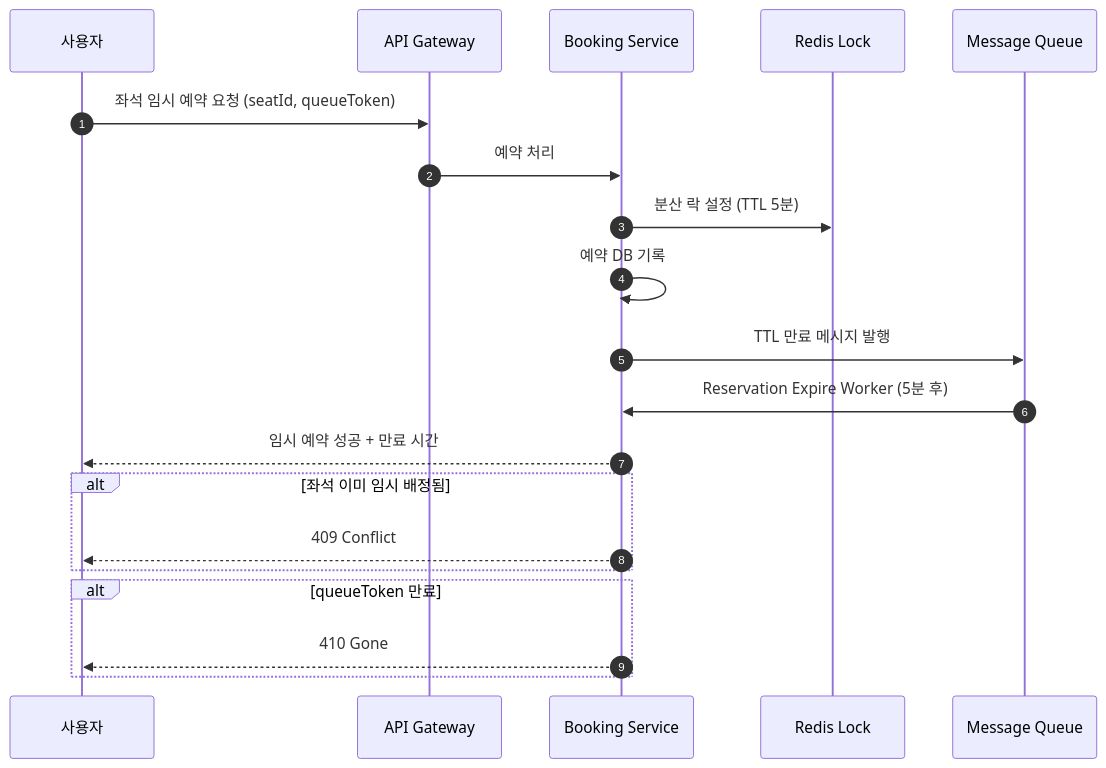
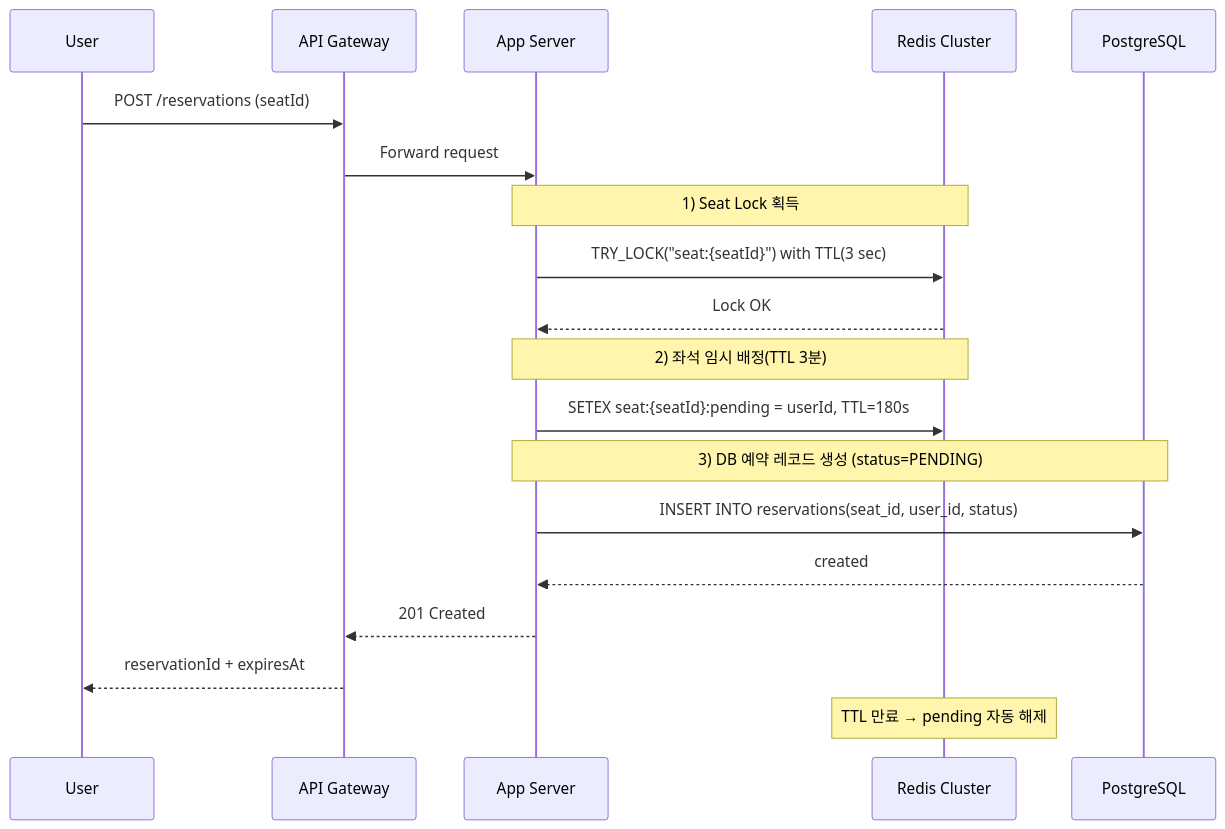
One commit to w00lam/server-java changed the second of 8 diagrams in docs/ssd.md. Above: the diagram before and after it, drawn with Mermaid. The commit also changed other lines of this file, not shown here.

First line of the commit message:
docs: 시퀀스 다이어그램 수정

````diff
--- a/docs/ssd.md
+++ b/docs/ssd.md
@@ -57,23 +46,27 @@
 ```mermaid
 sequenceDiagram
-    autonumber
-    participant User as 사용자
-    participant APIG as API Gateway
-    participant Booking as Booking Service
-    participant Redis as Redis Lock
-    participant MQ as Message Queue
+    participant User
+    participant API as API Gateway
+    participant App as App Server
+    participant Redis as Redis Cluster
+    participant DB as PostgreSQL
 
-    User->>APIG: 좌석 임시 예약 요청 (seatId, queueToken)
-    APIG->>Booking: 예약 처리
-    Booking->>Redis: 분산 락 설정 (TTL 5분)
-    Booking->>Booking: 예약 DB 기록
-    Booking->>MQ: TTL 만료 메시지 발행
-    MQ->>Booking: Reservation Expire Worker (5분 후)
-    Booking-->>User: 임시 예약 성공 + 만료 시간
-    alt 좌석 이미 임시 배정됨
-        Booking-->>User: 409 Conflict
-    end
-    alt queueToken 만료
-        Booking-->>User: 410 Gone
-    end
+    User ->> API: POST /reservations (seatId)
+    API ->> App: Forward request
+
+    Note over App,Redis: 1) Seat Lock 획득
+    App ->> Redis: TRY_LOCK("seat:{seatId}") with TTL(3 sec)
+    Redis -->> App: Lock OK
+
+    Note over App,Redis: 2) 좌석 임시 배정(TTL 3분)
+    App ->> Redis: SETEX seat:{seatId}:pending = userId, TTL=180s
+
+    Note over App,DB: 3) DB 예약 레코드 생성 (status=PENDING)
+    App ->> DB: INSERT INTO reservations(seat_id, user_id, status)
+    DB -->> App: created
+
+    App -->> API: 201 Created
+    API -->> User: reservationId + expiresAt
+
+    Note over Redis: TTL 만료 → pending 자동 해제
 ```
````
